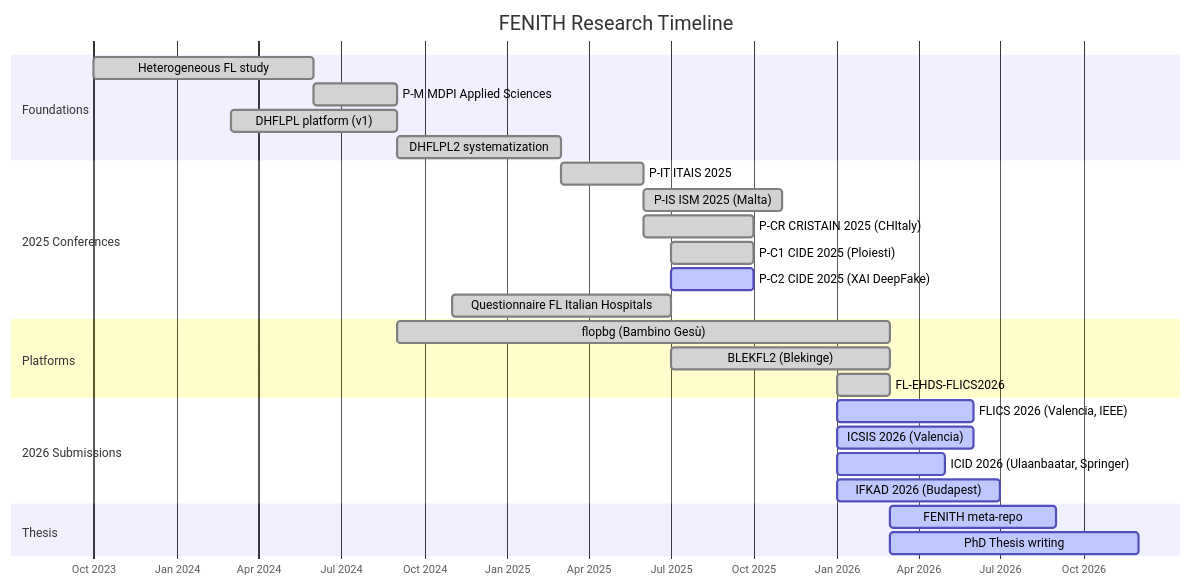
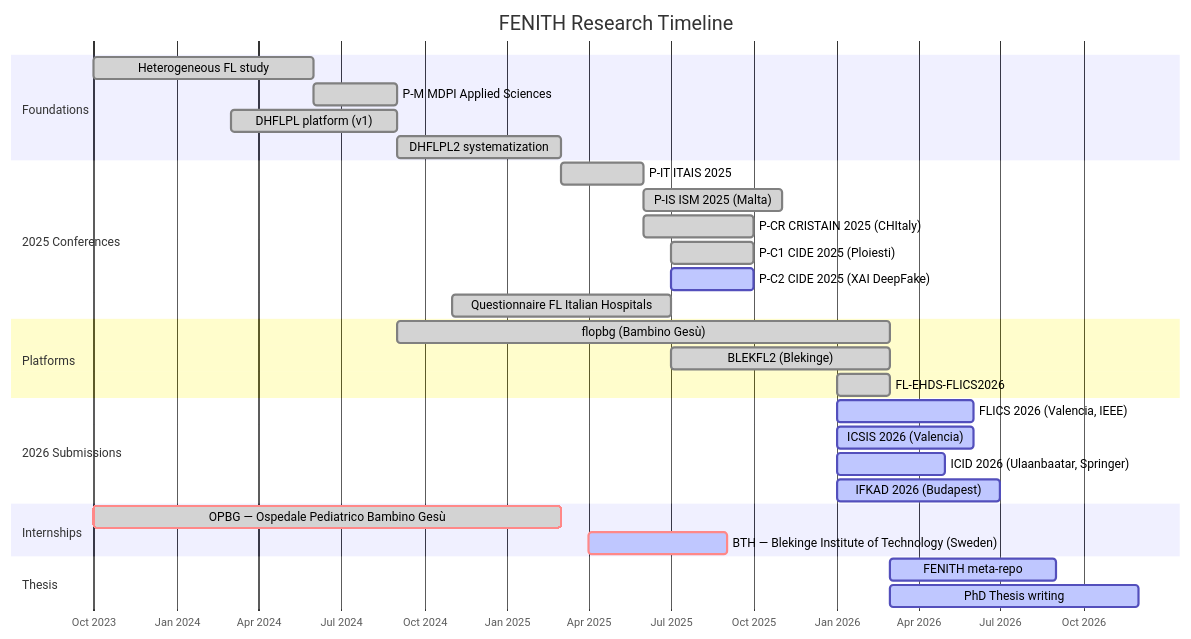
One commit to FabioLiberti/FENITH2 changed the diagram in README.md. Above: the diagram before and after it, drawn with Mermaid. The commit also changed other lines of this file, not shown here.

First line of the commit message:
v0.3.1 add FL algorithms section and internships timeline

````diff
--- a/README.md
+++ b/README.md
@@ -92,35 +92,39 @@
 ```mermaid
 gantt
     title FENITH Research Timeline
     dateFormat YYYY-MM
     axisFormat %b %Y
 
     section Foundations
     Heterogeneous FL study           :done, 2023-10, 2024-06
     P-M MDPI Applied Sciences        :done, pm, 2024-06, 2024-09
     DHFLPL platform (v1)             :done, 2024-03, 2024-09
     DHFLPL2 systematization          :done, 2024-09, 2025-03
 
     section 2025 Conferences
     P-IT ITAIS 2025                  :done, 2025-03, 2025-06
     P-IS ISM 2025 (Malta)            :done, 2025-06, 2025-11
     P-CR CRISTAIN 2025 (CHItaly)     :done, 2025-06, 2025-10
     P-C1 CIDE 2025 (Ploiesti)       :done, 2025-07, 2025-10
     P-C2 CIDE 2025 (XAI DeepFake)   :active, 2025-07, 2025-10
     Questionnaire FL Italian Hospitals :done, 2024-11, 2025-07
 
     section Platforms
     flopbg (Bambino Gesù)            :done, 2024-09, 2026-03
     BLEKFL2 (Blekinge)               :done, 2025-07, 2026-03
     FL-EHDS-FLICS2026                :done, 2026-01, 2026-03
 
     section 2026 Submissions
     FLICS 2026 (Valencia, IEEE)      :active, 2026-01, 2026-06
     ICSIS 2026 (Valencia)            :active, 2026-01, 2026-06
     ICID 2026 (Ulaanbaatar, Springer):active, 2026-01, 2026-05
     IFKAD 2026 (Budapest)            :active, 2026-01, 2026-07
 
+    section Internships
+    OPBG — Ospedale Pediatrico Bambino Gesù :crit, done, 2023-10, 2025-03
+    BTH — Blekinge Institute of Technology (Sweden) :crit, active, 2025-04, 2025-09
+
     section Thesis
     FENITH meta-repo                 :active, 2026-03, 2026-09
     PhD Thesis writing               :active, 2026-03, 2026-12
 ```
````
